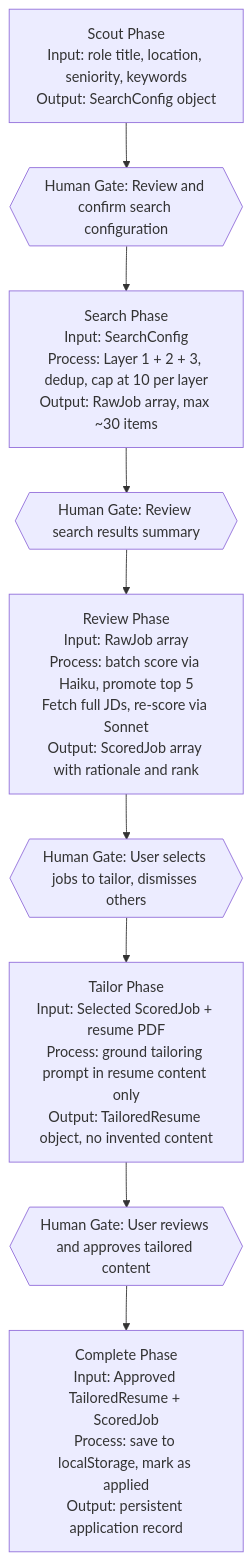
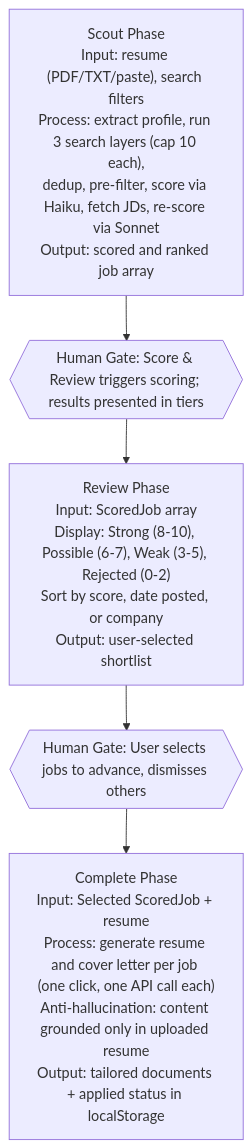
The third of 5 diagrams in peelaway-logic/docs/architecture/ARCHITECTURE.md (CarmenReed/AI-Claude-Code-Ecosystem), drawn with Mermaid before and after one commit. The commit also changed other lines of this file and 12 other files, not shown here.

````diff
--- a/peelaway-logic/docs/architecture/ARCHITECTURE.md
+++ b/peelaway-logic/docs/architecture/ARCHITECTURE.md
@@ -91,22 +87,14 @@
 ```mermaid
 flowchart TD
-    A["Scout Phase\nInput: role title, location, seniority, keywords\nOutput: SearchConfig object"]
+    A["Scout Phase\nInput: resume (PDF/TXT/paste), search filters\nProcess: extract profile, run 3 search layers (cap 10 each),\ndedup, pre-filter, score via Haiku, fetch JDs, re-score via Sonnet\nOutput: scored and ranked job array"]
 
-    Gate1{{"Human Gate: Review and confirm search configuration"}}
+    Gate1{{"Human Gate: Score & Review triggers scoring; results presented in tiers"}}
 
-    B["Search Phase\nInput: SearchConfig\nProcess: Layer 1 + 2 + 3, dedup, cap at 10 per layer\nOutput: RawJob array, max ~30 items"]
+    B["Review Phase\nInput: ScoredJob array\nDisplay: Strong (8-10), Possible (6-7), Weak (3-5), Rejected (0-2)\nSort by score, date posted, or company\nOutput: user-selected shortlist"]
 
-    Gate2{{"Human Gate: Review search results summary"}}
+    Gate2{{"Human Gate: User selects jobs to advance, dismisses others"}}
 
-    C["Review Phase\nInput: RawJob array\nProcess: batch score via Haiku, promote top 5\nFetch full JDs, re-score via Sonnet\nOutput: ScoredJob array with rationale and rank"]
+    C["Complete Phase\nInput: Selected ScoredJob + resume\nProcess: generate resume and cover letter per job (one click, one API call each)\nAnti-hallucination: content grounded only in uploaded resume\nOutput: tailored documents + applied status in localStorage"]
 
-    Gate3{{"Human Gate: User selects jobs to tailor, dismisses others"}}
-
-    D["Tailor Phase\nInput: Selected ScoredJob + resume PDF\nProcess: ground tailoring prompt in resume content only\nOutput: TailoredResume object, no invented content"]
-
-    Gate4{{"Human Gate: User reviews and approves tailored content"}}
-
-    E["Complete Phase\nInput: Approved TailoredResume + ScoredJob\nProcess: save to localStorage, mark as applied\nOutput: persistent application record"]
-
-    A --> Gate1 --> B --> Gate2 --> C --> Gate3 --> D --> Gate4 --> E
+    A --> Gate1 --> B --> Gate2 --> C
 ```
````
